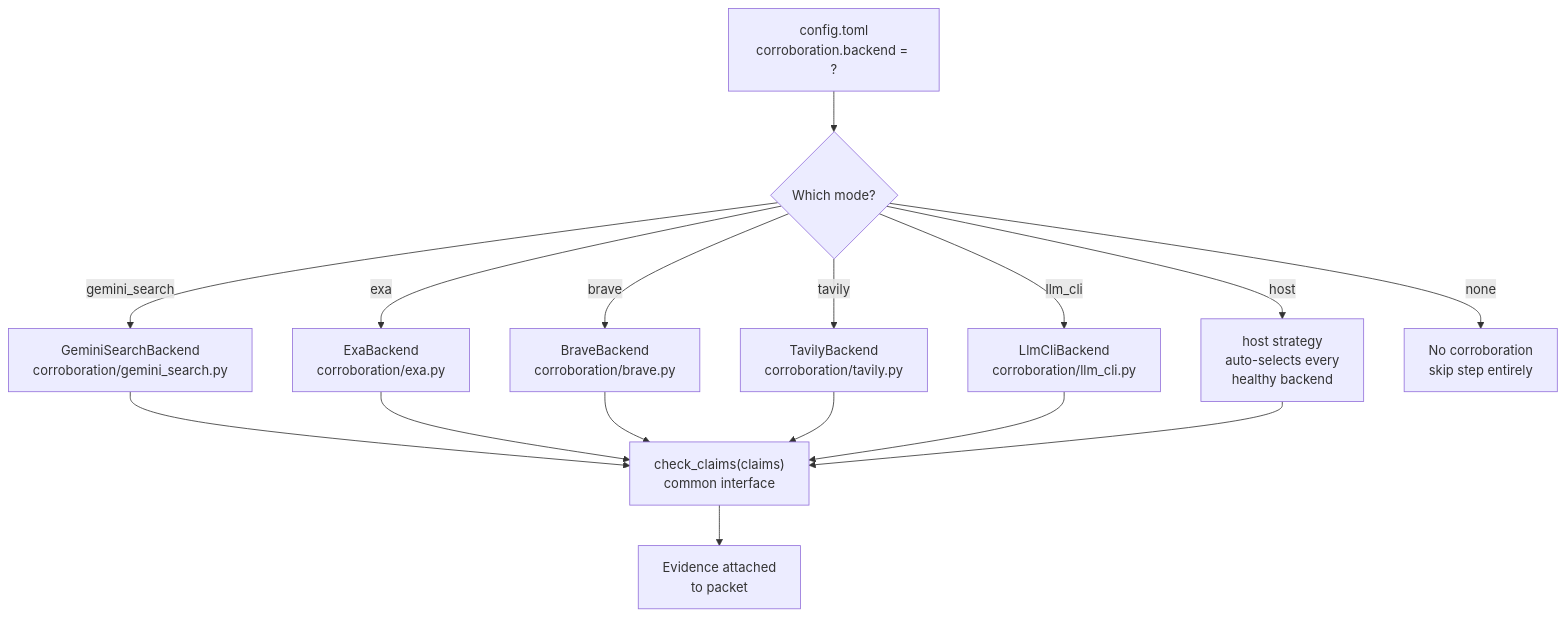
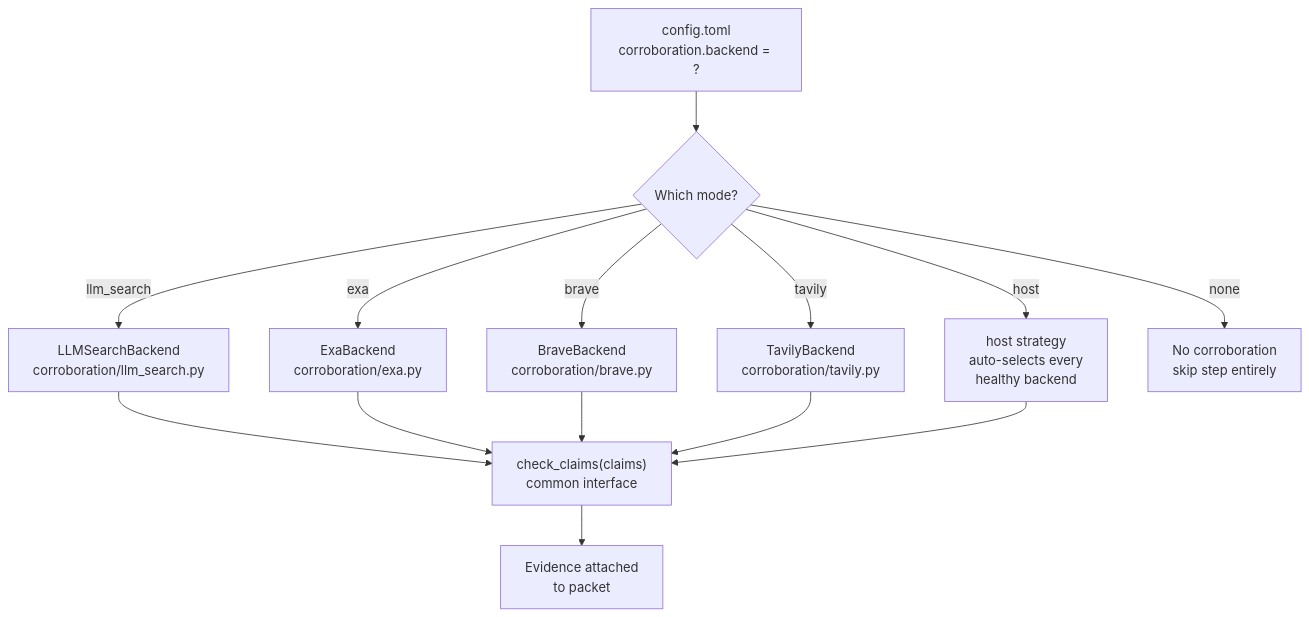
The diagram in docs/diagrams/src/dp_strategy.mmd (reshinto/social-research-probe), drawn with Mermaid before and after one commit. The commit also changed 108 other files, not shown here.

```diff
--- a/docs/diagrams/src/dp_strategy.mmd
+++ b/docs/diagrams/src/dp_strategy.mmd
@@ -1,13 +1,12 @@
 graph TD
     A["config.toml\ncorroboration.backend = ?"] --> B{Which mode?}
 
-    B -->|"gemini_search"| G1["GeminiSearchBackend\ncorroboration/gemini_search.py"]
+    B -->|"llm_search"| G1["LLMSearchBackend\ncorroboration/llm_search.py"]
     B -->|"exa"| C["ExaBackend\ncorroboration/exa.py"]
     B -->|"brave"| D["BraveBackend\ncorroboration/brave.py"]
     B -->|"tavily"| E["TavilyBackend\ncorroboration/tavily.py"]
-    B -->|"llm_cli"| F["LlmCliBackend\ncorroboration/llm_cli.py"]
     B -->|"host"| G["host strategy\nauto-selects every\nhealthy backend"]
     B -->|"none"| H["No corroboration\nskip step entirely"]
 
-    G1 & C & D & E & F & G --> I["check_claims(claims)\ncommon interface"]
+    G1 & C & D & E & G --> I["check_claims(claims)\ncommon interface"]
     I --> J["Evidence attached\nto packet"]
```
